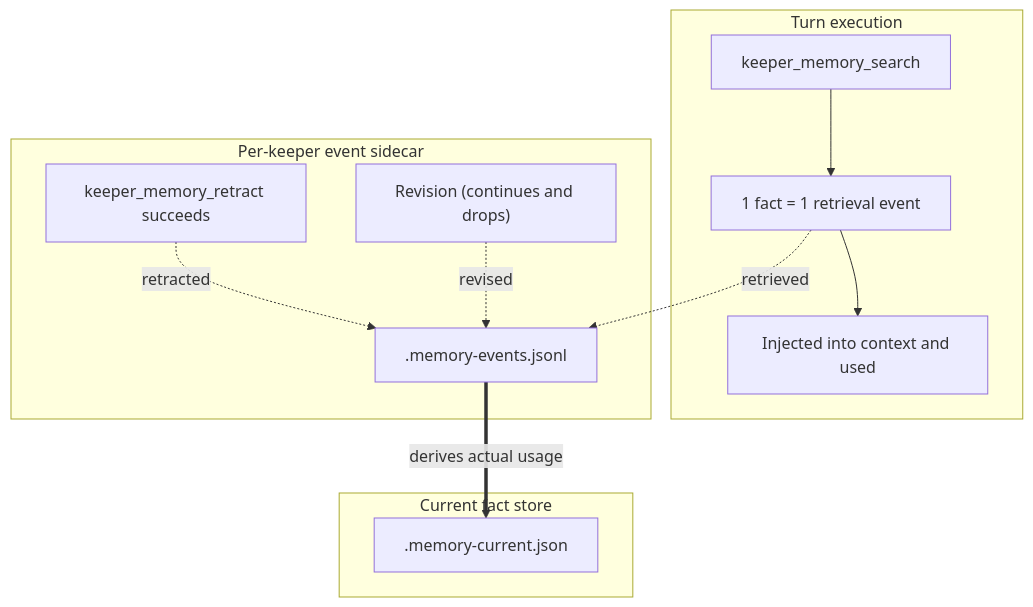
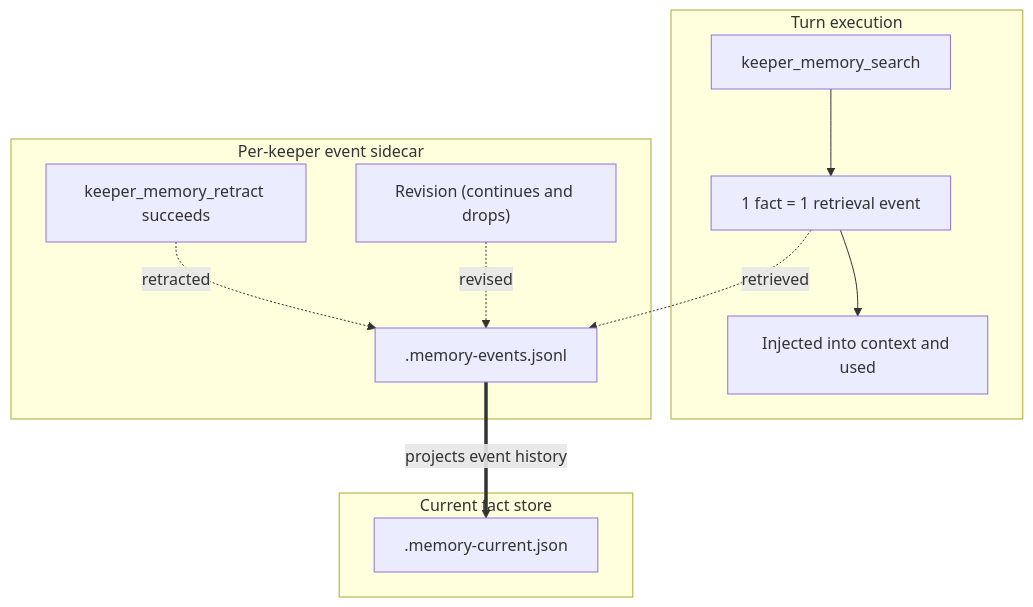
One commit to jeong-sik/masc changed the diagram in docs-site/src/content/docs/architecture/memory-os.md. Above: the diagram before and after it, drawn with Mermaid. The commit also changed other lines of this file and 1 other file, not shown here.

Commit message:
docs(memory): name retractions as history

````diff
--- a/docs-site/src/content/docs/architecture/memory-os.md
+++ b/docs-site/src/content/docs/architecture/memory-os.md
@@ -29,17 +29,17 @@
 ```mermaid
 flowchart TD
     subgraph Execution ["Turn execution"]
         Q["keeper_memory_search"] --> RET["1 fact = 1 retrieval event"]
         RET --> USE["Injected into context and used"]
     end
 
     subgraph Sidecar ["Per-keeper event sidecar"]
         RET -.->|"retrieved"| EV["<keeper>.memory-events.jsonl"]
         DROP["keeper_memory_retract succeeds"] -.->|"retracted"| EV
         REV["Revision (continues and drops)"] -.->|"revised"| EV
     end
 
     subgraph Facts ["Current fact store"]
-        EV ==>|"derives actual usage"| DB["<keeper>.memory-current.json"]
+        EV ==>|"projects event history"| DB["<keeper>.memory-current.json"]
     end
 ```
````
